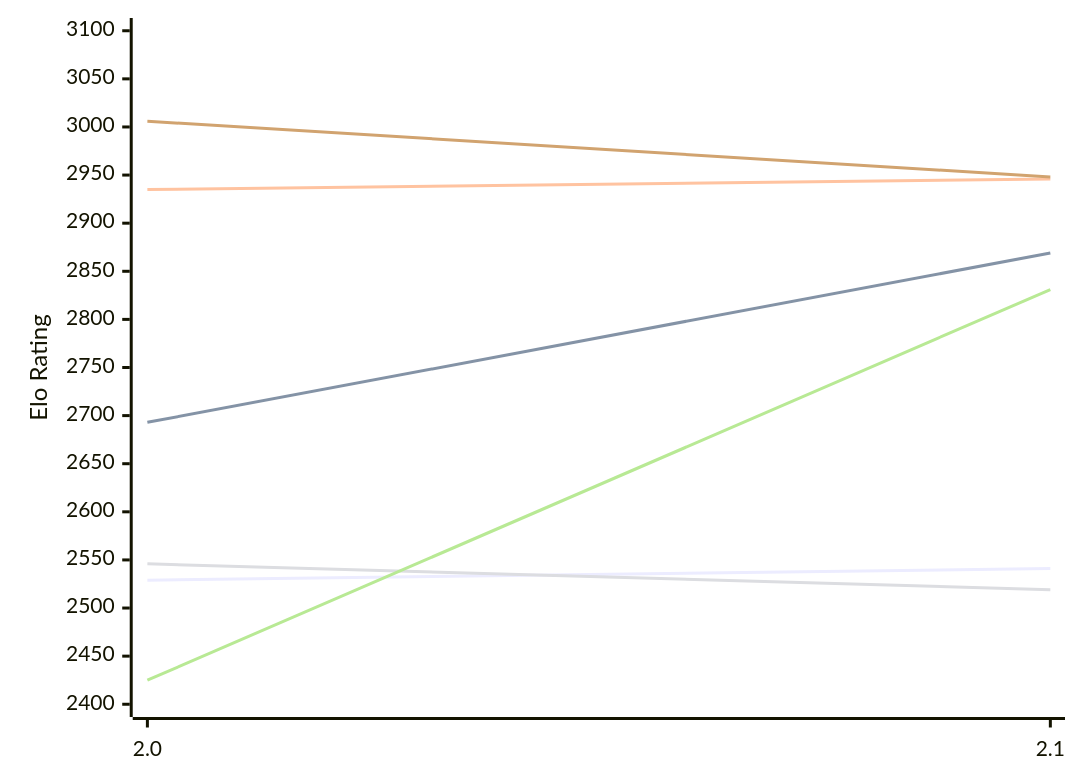
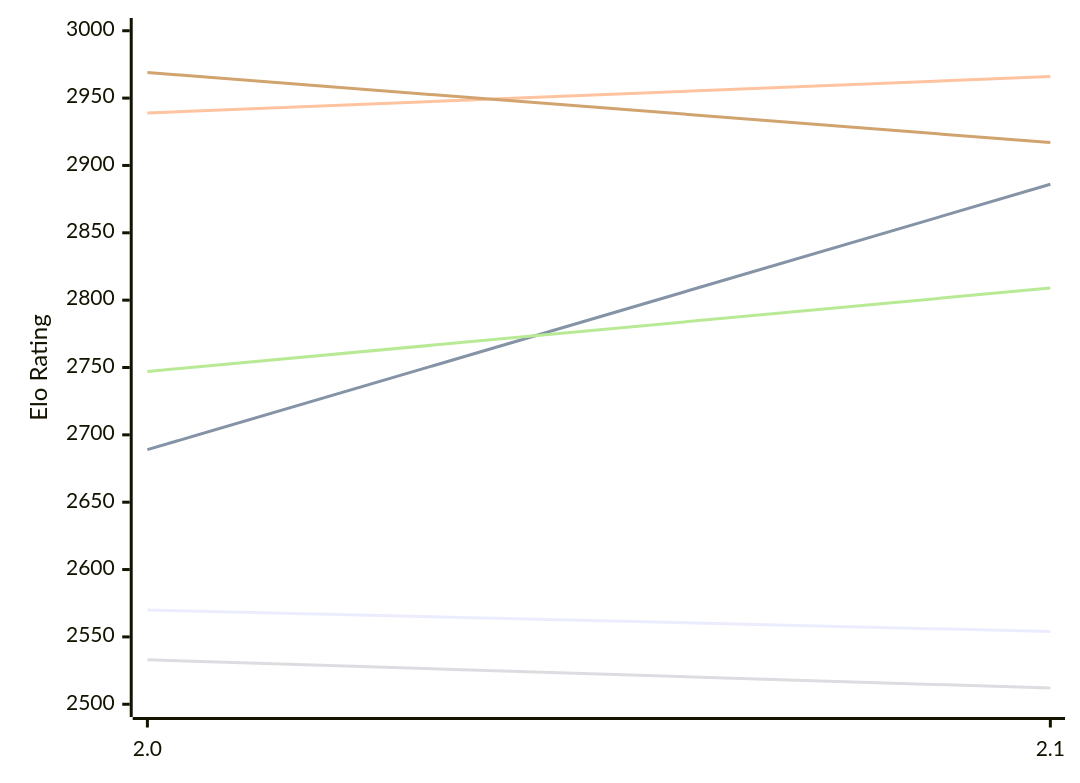
Before and after one commit to computer-chess-index/cci: the first of 2 diagrams in engines/Noggin.md, drawn with Mermaid. The commit also changed other lines of this file, not shown here.

Commit message:
Update CCI Ratings (ELO VLTC) - 2026-11-14

````diff
--- a/engines/Noggin.md
+++ b/engines/Noggin.md
@@ -50,12 +50,12 @@
 ```mermaid
 %%{init: {"theme":"base","themeVariables":{"seriesColors:['#a3a3a3','#222221','#faa371']}}}%%
 xychart-beta
   x-axis ["2.0", "2.1"]
-  y-axis "Elo Rating" 2400 --> 3100
-  line "E1: STC (8.0+0.08s)" [2529, 2541]
-  line "E1: LTC (60.0+0.60s)" [2693, 2869]
-  line "E1: VLTC (2m24s+1.12s)" [2935, 2946]
-  line "P1: STC (8.0+0.08s)" [2546, 2519]
-  line "P1: LTC (60.0+0.60s)" [2425, 2831]
-  line "P1: VLTC (2m24s+1.12s)" [3006, 2948]
+  y-axis "Elo Rating" 2500 --> 3000
+  line "E1: STC (8.0+0.08s)" [2570, 2554]
+  line "E1: LTC (60.0+0.60s)" [2689, 2886]
+  line "E1: VLTC (2m24s+1.12s)" [2939, 2966]
+  line "P1: STC (8.0+0.08s)" [2533, 2512]
+  line "P1: LTC (60.0+0.60s)" [2747, 2809]
+  line "P1: VLTC (2m24s+1.12s)" [2969, 2917]
 ```
````
